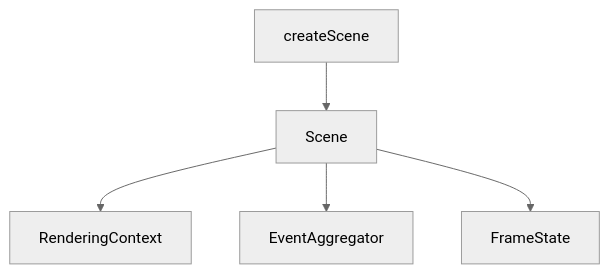
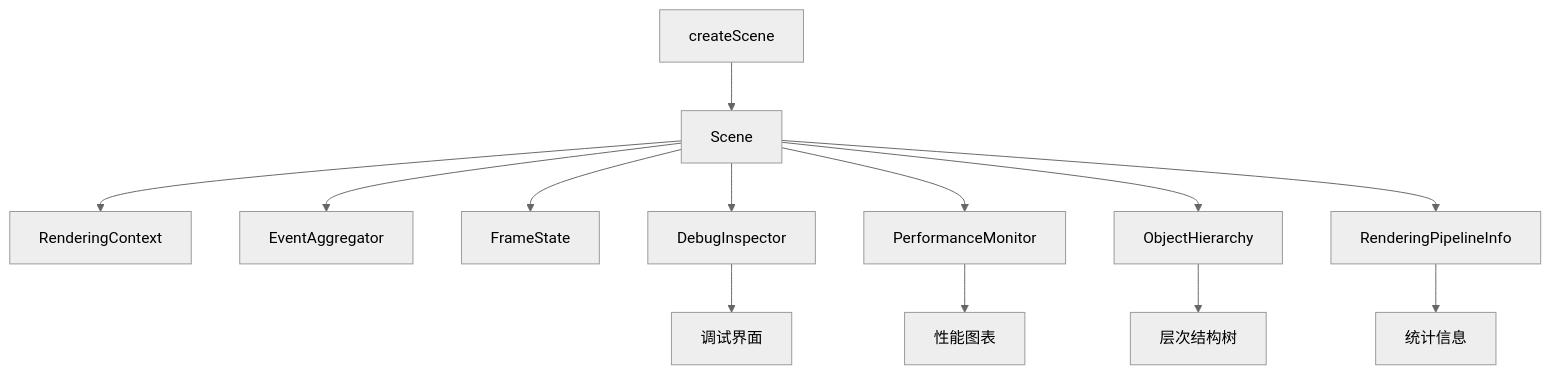
Before and after one commit to rzhangjing/cesium: the eighth of 8 diagrams in .qoder/repowiki/zh/content/场景管理/场景核心架构.md, drawn with Mermaid (neutral theme). The commit also changed other lines of this file and 52 other files, not shown here.

````diff
--- a/.qoder/repowiki/zh/content/场景管理/场景核心架构.md
+++ b/.qoder/repowiki/zh/content/场景管理/场景核心架构.md
@@ -254,7 +431,15 @@
 ```mermaid
 graph TB
 Scene["Scene"] --> RC["RenderingContext"]
 Scene --> EA["EventAggregator"]
 Scene --> FS["FrameState"]
+Scene --> DI["DebugInspector"]
+Scene --> PM["PerformanceMonitor"]
+Scene --> OH["ObjectHierarchy"]
+Scene --> RPI["RenderingPipelineInfo"]
 Create["createScene"] --> Scene
+DI --> UI["调试界面"]
+PM --> Charts["性能图表"]
+OH --> TreeView["层次结构树"]
+RPI --> Stats["统计信息"]
 ```
````
